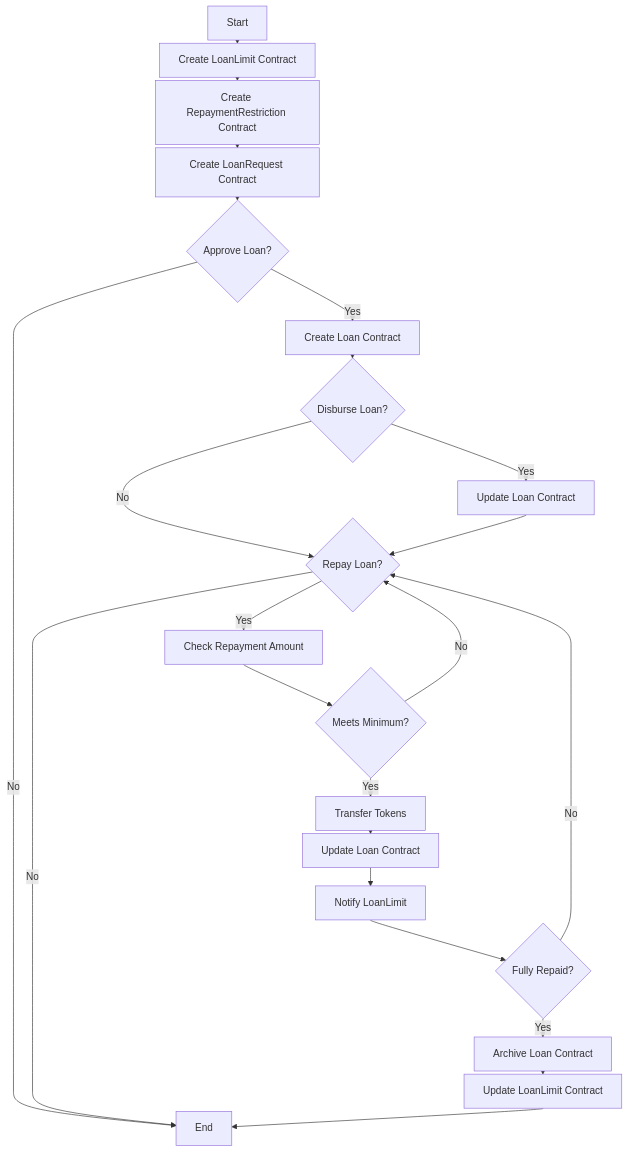
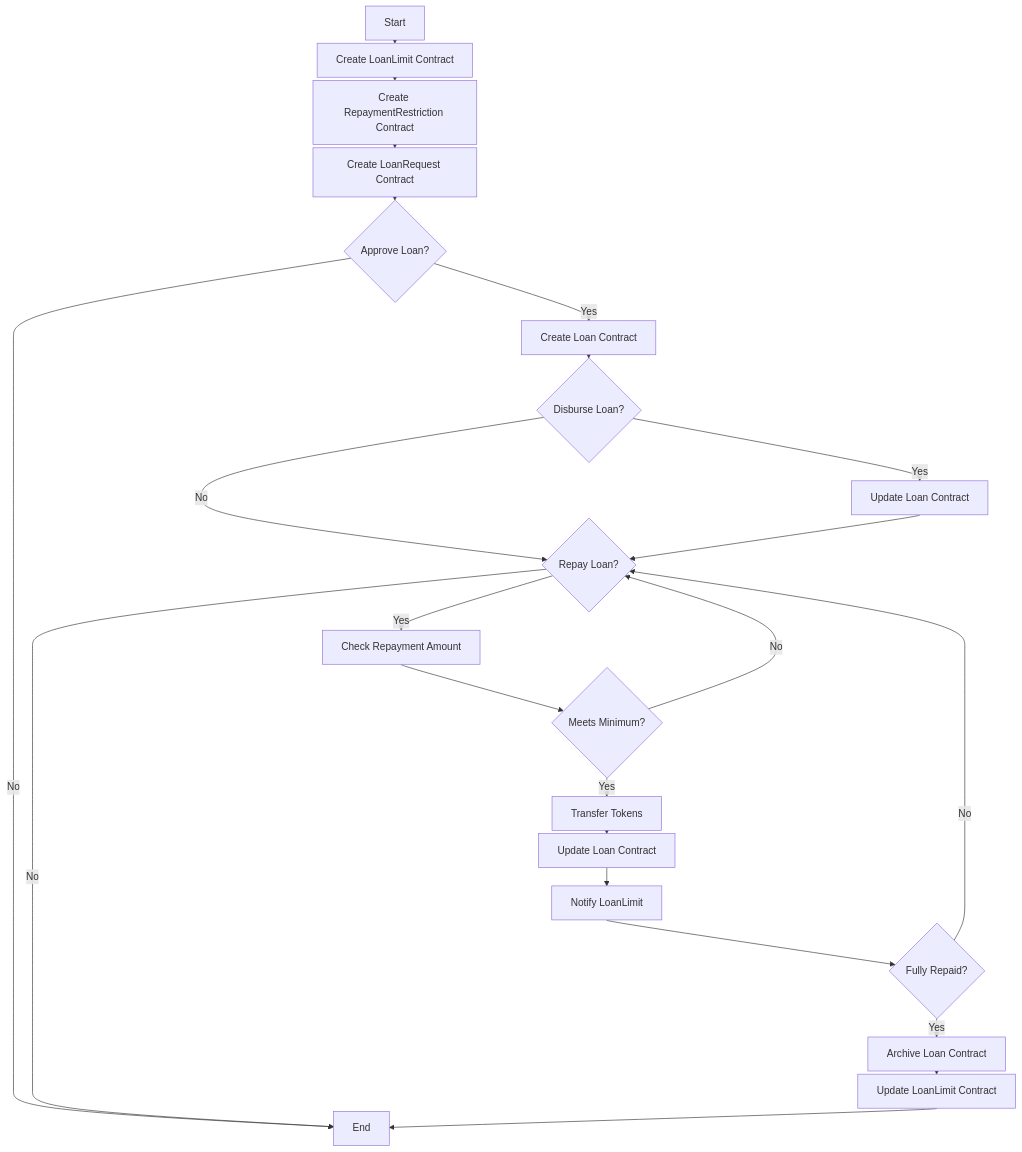
The diagram in README.md (onahprosper/daml_lending_contract), drawn with Mermaid before and after one commit.

Commit message:
docs: (Readme) update system architecture diagram in README.md

````diff
--- a/README.md
+++ b/README.md
@@ -22,26 +22,26 @@
 ```mermaid
-%%{init: {'flowchart': {'useMaxWidth': true, 'nodeSpacing': 400, 'rankSpacing': 5, 'fontSize': 12}}}%%
+%%{init: {'flowchart': {'useMaxWidth': true, 'nodeSpacing': 900, 'rankSpacing': 5, 'fontSize': 12}}}%%
 graph TD
     A[Start] --> B[Create LoanLimit Contract]
     B --> C[Create RepaymentRestriction Contract]
     C --> D[Create LoanRequest Contract]
     D --> E{Approve Loan?}
     E -->|Yes| F[Create Loan Contract]
     E -->|No| Z[End]
     F --> G{Disburse Loan?}
     G -->|Yes| H[Update Loan Contract]
     G -->|No| I{Repay Loan?}
     H --> I
     I -->|Yes| J[Check Repayment Amount]
     I -->|No| Z
     J --> K{Meets Minimum?}
     K -->|Yes| L[Transfer Tokens]
     K -->|No| I
     L --> M[Update Loan Contract]
     M --> N[Notify LoanLimit]
     N --> O{Fully Repaid?}
     O -->|Yes| P[Archive Loan Contract]
     O -->|No| I
     P --> Q[Update LoanLimit Contract]
     Q --> Z
 ```
````
